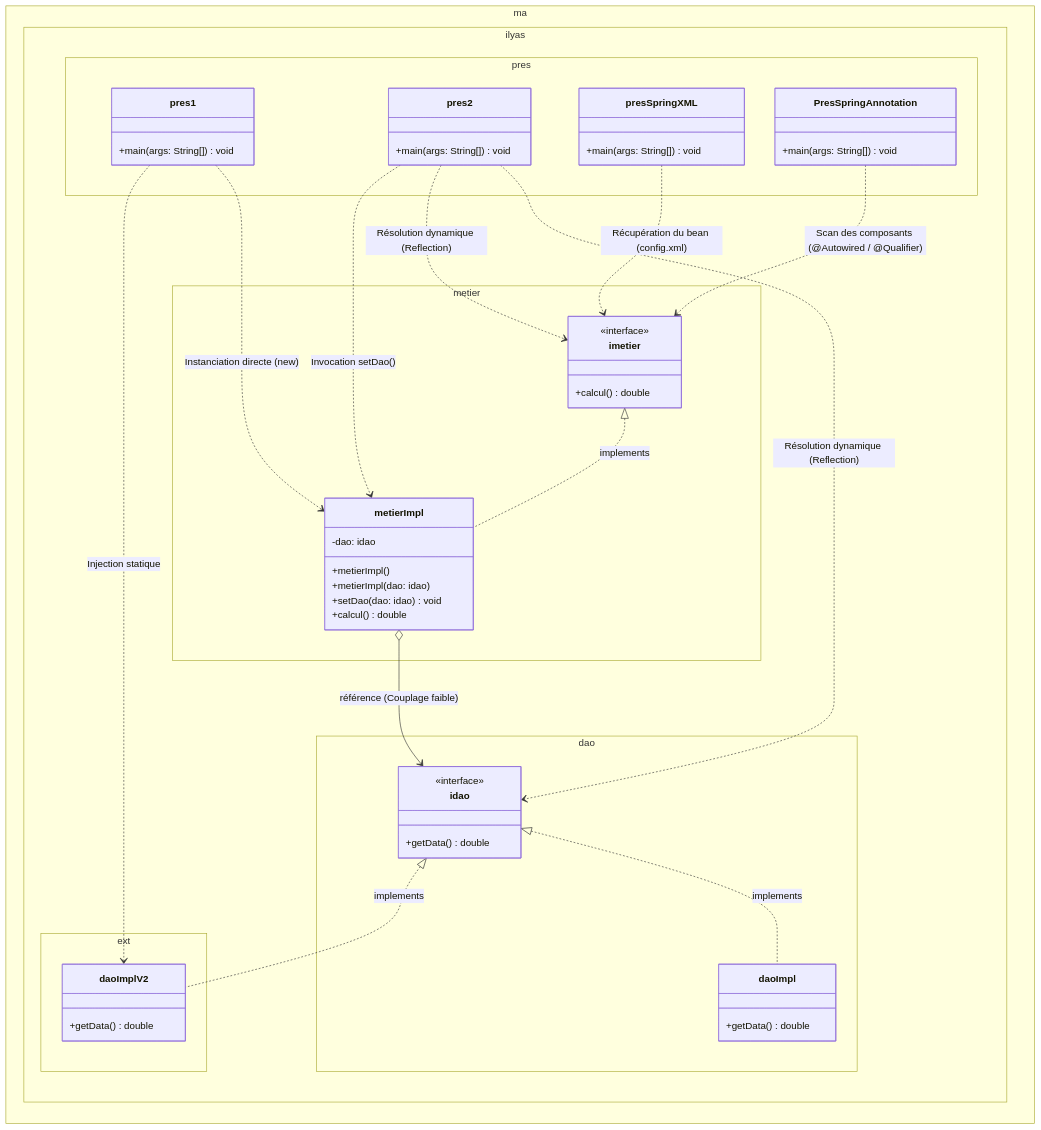
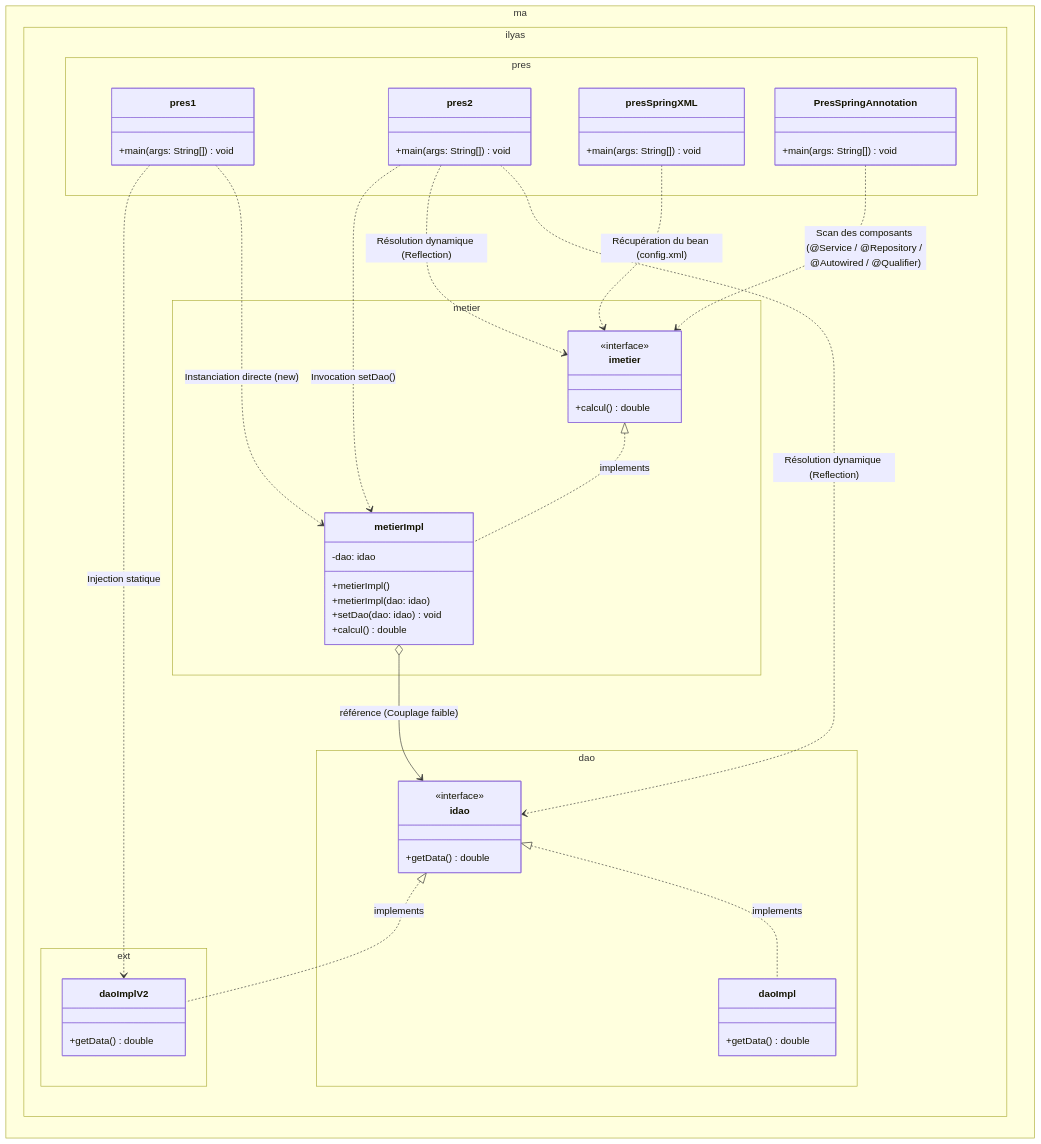
Before and after one commit to Ilyas-SEKHSOUKHI/Activite-Pratique-1-Injection-Dependances: the diagram in README.md, drawn with Mermaid. The commit also changed other lines of this file, not shown here.

````diff
--- a/README.md
+++ b/README.md
@@ -67,65 +71,65 @@
 ```mermaid
 classDiagram
     direction TB
 
     namespace ma.ilyas.dao {
         class idao {
             <<interface>>
             +getData() double
         }
         class daoImpl {
             +getData() double
         }
     }
 
     namespace ma.ilyas.ext {
         class daoImplV2 {
             +getData() double
         }
     }
 
     namespace ma.ilyas.metier {
         class imetier {
             <<interface>>
             +calcul() double
         }
         class metierImpl {
             -dao: idao
             +metierImpl()
             +metierImpl(dao: idao)
             +setDao(dao: idao) void
             +calcul() double
         }
     }
 
     namespace ma.ilyas.pres {
         class pres1 {
             +main(args: String[]) void
         }
         class pres2 {
             +main(args: String[]) void
         }
         class presSpringXML {
             +main(args: String[]) void
         }
         class PresSpringAnnotation {
             +main(args: String[]) void
         }
     }
 
     idao <|.. daoImpl : implements
     idao <|.. daoImplV2 : implements
     imetier <|.. metierImpl : implements
 
     metierImpl o--> idao : référence (Couplage faible)
 
     pres1 ..> metierImpl : Instanciation directe (new)
     pres1 ..> daoImplV2 : Injection statique
 
     pres2 ..> idao : Résolution dynamique (Reflection)
     pres2 ..> imetier : Résolution dynamique (Reflection)
     pres2 ..> metierImpl : Invocation setDao()
 
     presSpringXML ..> imetier : Récupération du bean (config.xml)
-    PresSpringAnnotation ..> imetier : Scan des composants (@Autowired / @Qualifier)
+    PresSpringAnnotation ..> imetier : Scan des composants (@Service / @Repository / @Autowired / @Qualifier)
 ```
````
